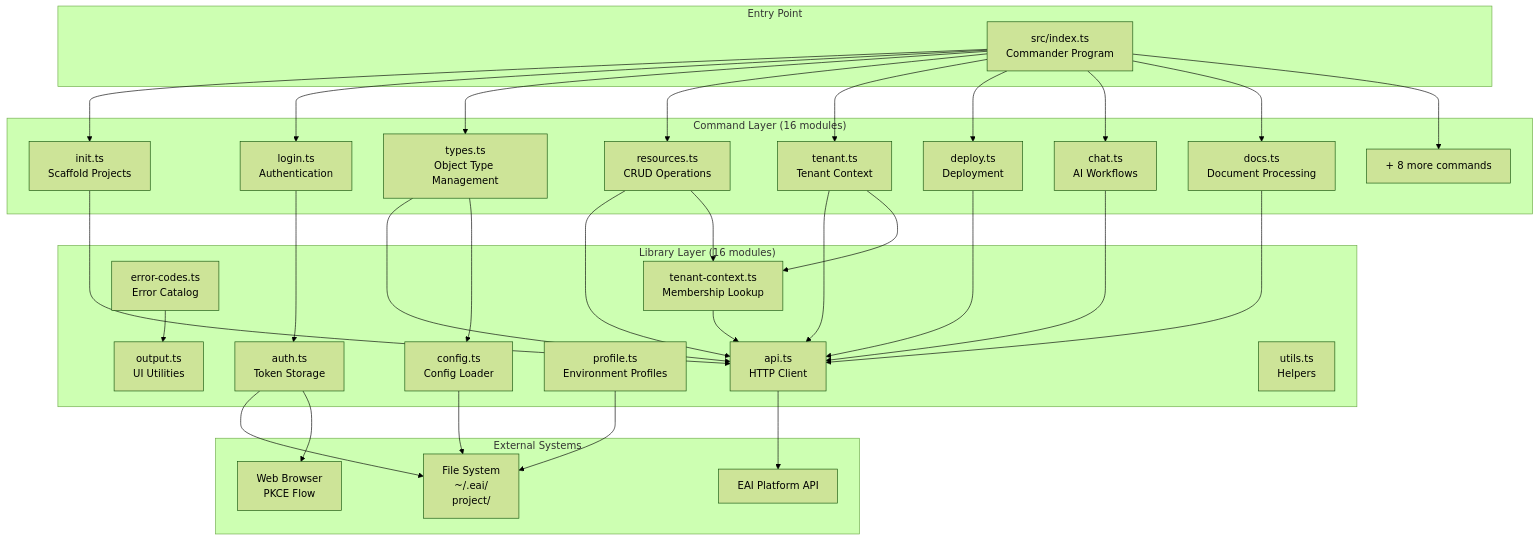
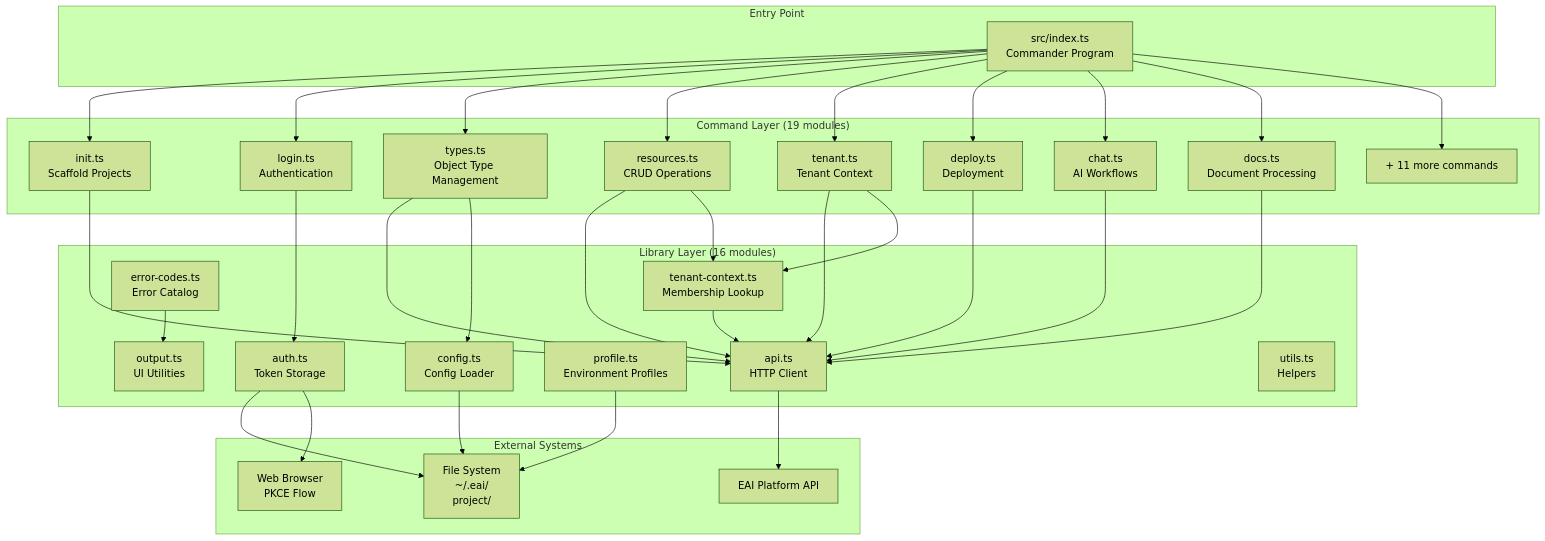
One commit to eai-support/eai changed the third of 6 diagrams in .tech-docs/architecture.md. Above: the diagram before and after it, drawn with Mermaid (forest theme). The commit also changed other lines of this file and 11 other files, not shown here.

````diff
--- a/.tech-docs/architecture.md
+++ b/.tech-docs/architecture.md
@@ -106,65 +106,65 @@
 ```mermaid
 graph TB
     subgraph "Entry Point"
         Index[src/index.ts<br/>Commander Program]
     end
     
-    subgraph "Command Layer (16 modules)"
+    subgraph "Command Layer (19 modules)"
         Init[init.ts<br/>Scaffold Projects]
         Auth[login.ts<br/>Authentication]
         Types[types.ts<br/>Object Type Management]
         Resources[resources.ts<br/>CRUD Operations]
         Tenant[tenant.ts<br/>Tenant Context]
         Deploy[deploy.ts<br/>Deployment]
         Chat[chat.ts<br/>AI Workflows]
         Docs[docs.ts<br/>Document Processing]
-        Other[+ 8 more commands]
+        Other[+ 11 more commands]
     end
     
     subgraph "Library Layer (16 modules)"
         API[api.ts<br/>HTTP Client]
         AuthLib[auth.ts<br/>Token Storage]
         Config[config.ts<br/>Config Loader]
         TenantCtx[tenant-context.ts<br/>Membership Lookup]
         Profile[profile.ts<br/>Environment Profiles]
         Errors[error-codes.ts<br/>Error Catalog]
         Output[output.ts<br/>UI Utilities]
         Utils[utils.ts<br/>Helpers]
     end
     
     subgraph "External Systems"
         Platform[EAI Platform API]
         FS[File System<br/>~/.eai/<br/>project/]
         Browser[Web Browser<br/>PKCE Flow]
     end
     
     Index --> Init
     Index --> Auth
     Index --> Types
     Index --> Resources
     Index --> Tenant
     Index --> Deploy
     Index --> Chat
     Index --> Docs
     Index --> Other
     
     Init --> API
     Auth --> AuthLib
     Types --> API
     Types --> Config
     Resources --> API
     Resources --> TenantCtx
     Tenant --> API
     Tenant --> TenantCtx
     Deploy --> API
     Chat --> API
     Docs --> API
     
     API --> Platform
     AuthLib --> FS
     AuthLib --> Browser
     Config --> FS
     TenantCtx --> API
     Profile --> FS
     Errors --> Output
 ```
````
